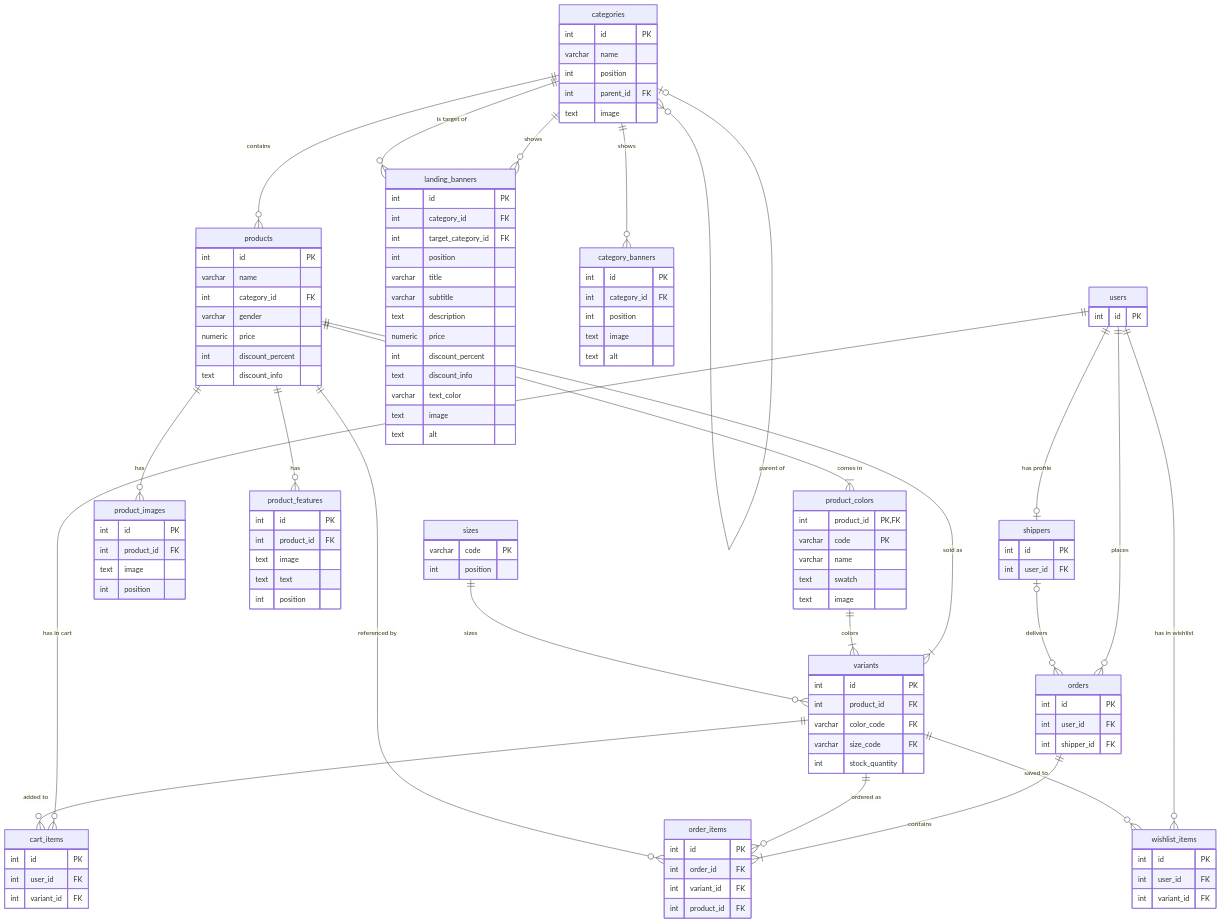
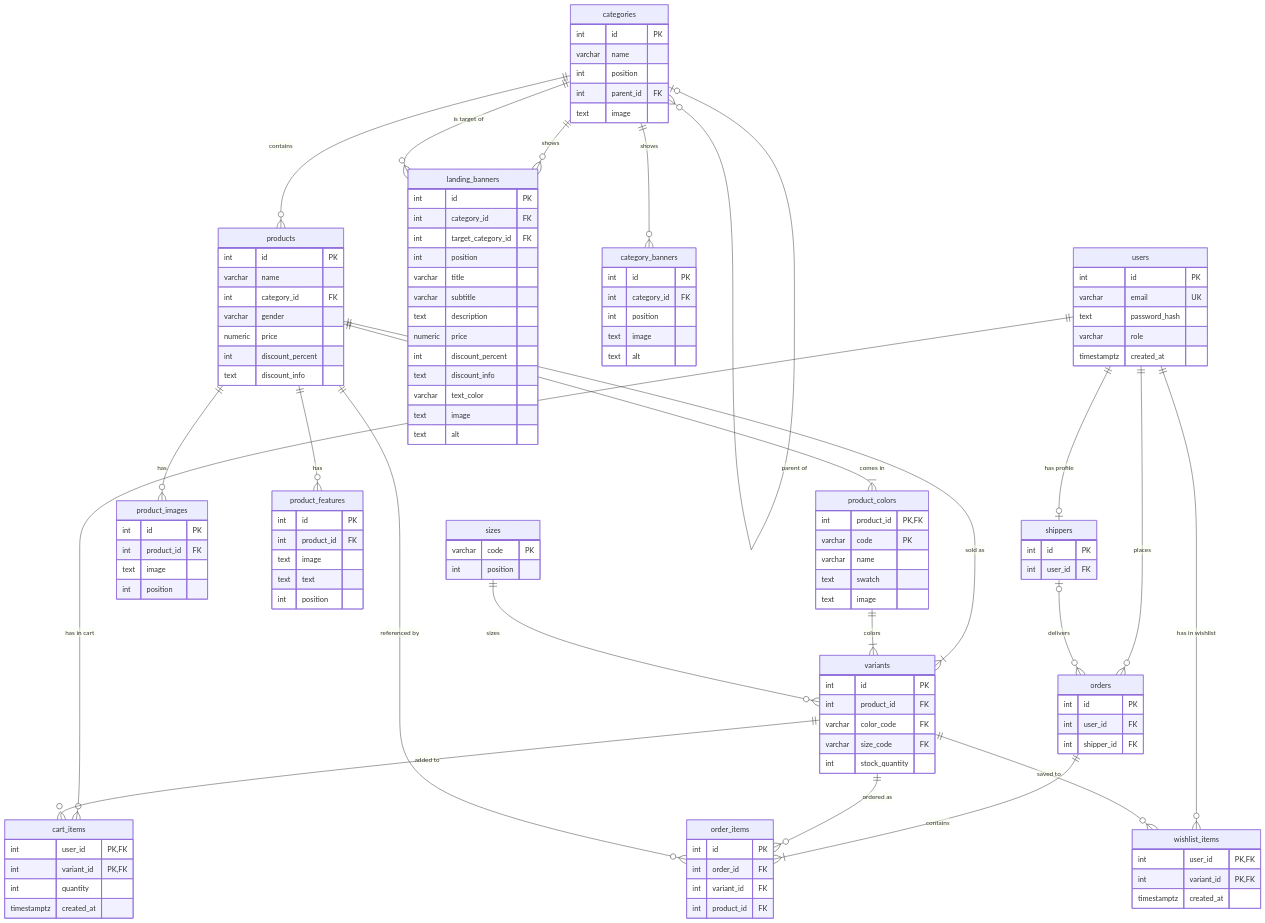
Before and after one commit to BaoLong294/ecom-oms: the diagram in docs/erd.md, drawn with Mermaid.

Commit message:
docs: add user columns to the ERD
- List every column of users, cart_items and wishlist_items.
- Replace the id of cart_items and wishlist_items with composite keys.
- Mark users.email as a unique key.

```diff
--- a/docs/erd.md
+++ b/docs/erd.md
@@ -113,20 +113,25 @@
     %% User tables
     users {
         int id PK
+        varchar email UK
+        text password_hash
+        varchar role
+        timestamptz created_at
     }
     shippers {
         int id PK
         int user_id FK
     }
     cart_items {
-        int id PK
-        int user_id FK
-        int variant_id FK
+        int user_id PK, FK
+        int variant_id PK, FK
+        int quantity
+        timestamptz created_at
     }
     wishlist_items {
-        int id PK
-        int user_id FK
-        int variant_id FK
+        int user_id PK, FK
+        int variant_id PK, FK
+        timestamptz created_at
     }
 
     %% Order tables
```
